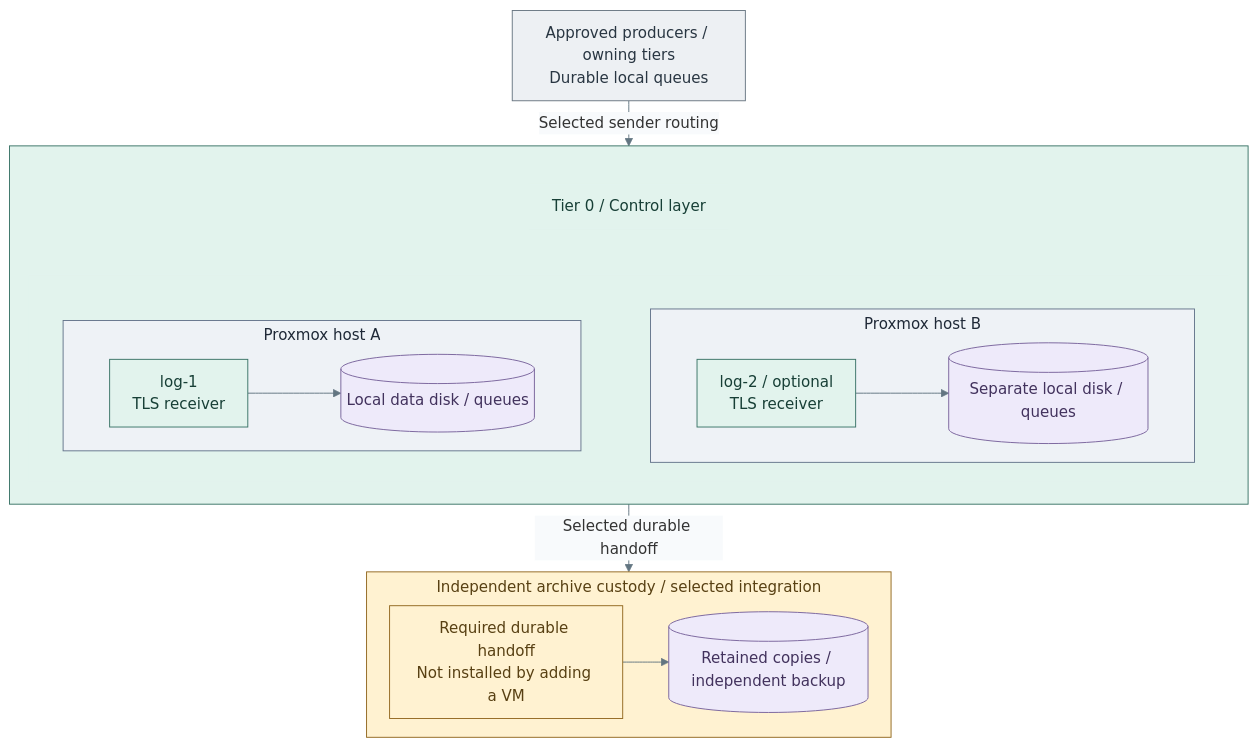
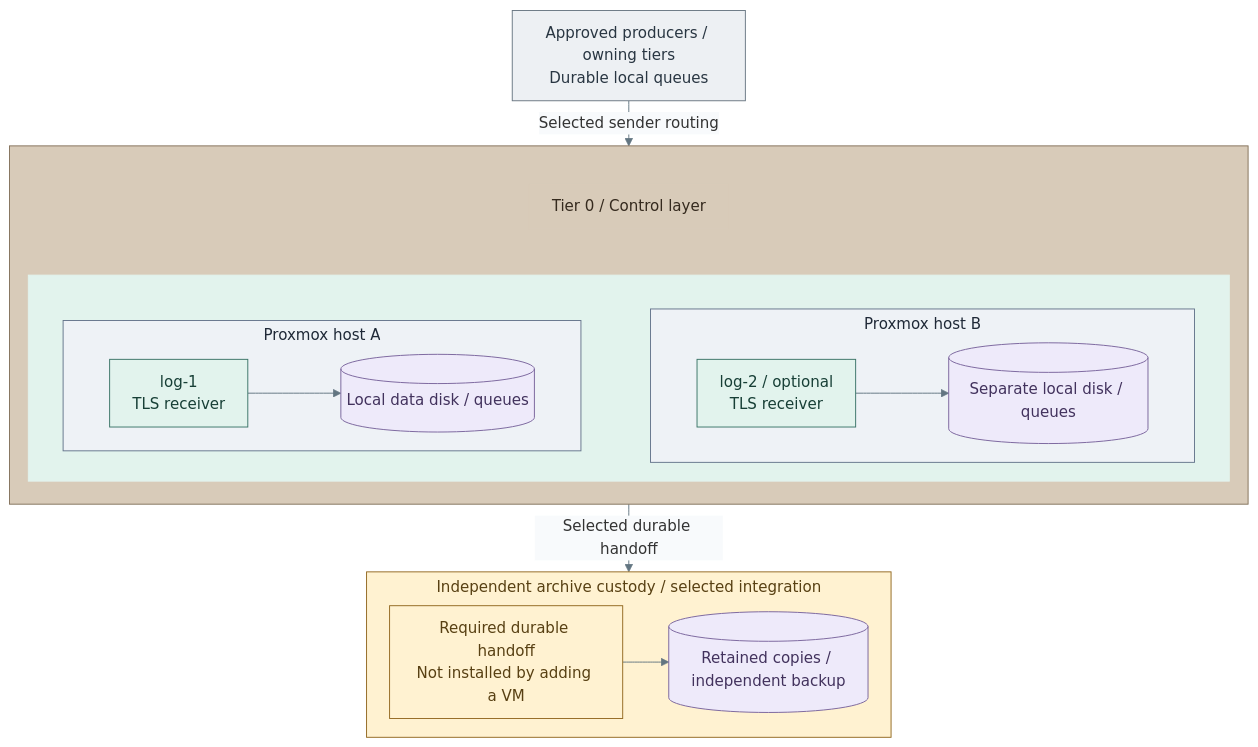
The diagram in docs/03-deployment/stage-2-logging/step-14b-redundant-intake.md (Rexus/homelab), drawn with Mermaid before and after one commit. The commit also changed 108 other files, not shown here.

Commit message:
docs(diagrams): unify visual language and opening views

````diff
--- a/docs/03-deployment/stage-2-logging/step-14b-redundant-intake.md
+++ b/docs/03-deployment/stage-2-logging/step-14b-redundant-intake.md
@@ -8,47 +8,51 @@
 ```mermaid
 %%{init: {"theme":"base","flowchart":{"nodeSpacing":20,"rankSpacing":24,"padding":12,"subGraphTitleMargin":{"top":4,"bottom":12}},"themeVariables":{"lineColor":"#627581","edgeLabelBackground":"#f8fafc"}}}%%
 flowchart TB
   Sources["Approved producers / owning tiers<br/>Durable local queues"]
   subgraph T0[" "]
     direction TB
     T0Title["Tier 0 / Control layer"]
     subgraph Placement[" "]
       direction LR
       subgraph PVE1["Proxmox host A"]
         direction LR
         VM1["log-1<br/>TLS receiver"]
         Disk1[("Local data disk / queues")]
         VM1 --> Disk1
       end
       subgraph PVE2["Proxmox host B"]
         direction LR
         VM2["log-2 / optional<br/>TLS receiver"]
         Disk2[("Separate local disk / queues")]
         VM2 --> Disk2
       end
       PVE1 ~~~ PVE2
     end
     T0Title ~~~ Placement
   end
   subgraph Custody["Independent archive custody / selected integration"]
     direction LR
     Commit["Required durable handoff<br/>Not installed by adding a VM"]
     Copies[("Retained copies / independent backup")]
     Commit --> Copies
   end
   Sources -->|Selected sender routing| T0
   T0 -->|Selected durable handoff| Custody
   classDef default fill:#f8fafc,stroke:#64748b,color:#1f2937
   classDef boundary fill:#eef2f6,stroke:#64748b,color:#1f2937
   classDef actor fill:#edf0f3,stroke:#697682,color:#293642
   classDef control fill:#e2f3ed,stroke:#397366,color:#173f36
   classDef controlHeading fill:#e2f3ed,stroke:#e2f3ed,color:#173f36
   classDef data fill:#eeeafa,stroke:#78639b,color:#42325d
   classDef custody fill:#fff2d1,stroke:#926820,color:#584013
   class PVE1,PVE2 boundary
   class Sources actor
-  class T0,VM1,VM2 control
-  class T0Title,Placement controlHeading
+  class VM1,VM2 control
+  class Placement controlHeading
   class Disk1,Disk2,Copies data
   class Custody,Commit custody
+  classDef tier0 fill:#d8cbb9,stroke:#83715a,color:#352a1e
+  class T0 tier0
+  classDef tier0Heading fill:#d8cbb9,stroke:#d8cbb9,color:#352a1e
+  class T0Title tier0Heading
 ```
````
